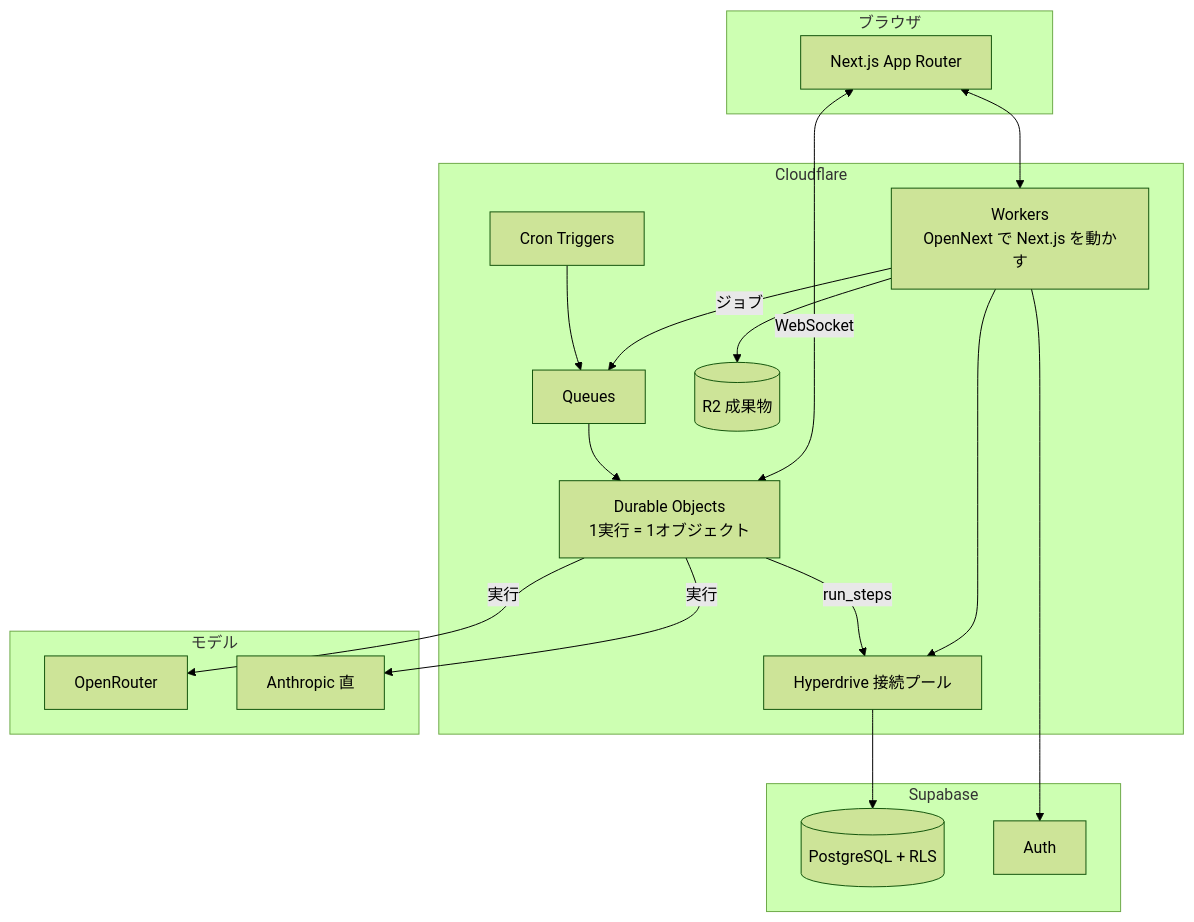
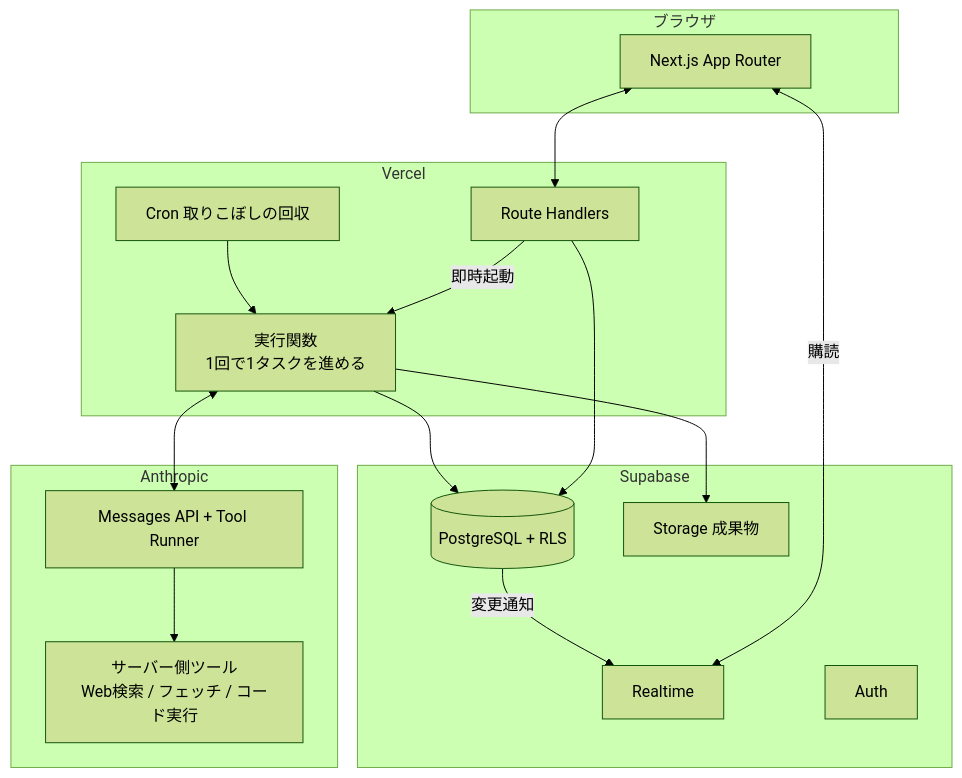
Before and after one commit to yuseidayo88/Ocean: the diagram in docs/design/05-tech-and-cost.md, drawn with Mermaid (forest theme). The commit also changed other lines of this file and 18 other files, not shown here.

First line of the commit message:
設計を確定: Vercel + Supabase + Anthropic 直、トークン、無料枠と料金プラン

````diff
--- a/docs/design/05-tech-and-cost.md
+++ b/docs/design/05-tech-and-cost.md
@@ -8,33 +20,32 @@
 ```mermaid
 flowchart TB
   subgraph client[ブラウザ]
     UI[Next.js App Router]
   end
-  subgraph cf[Cloudflare]
-    W[Workers<br/>OpenNext で Next.js を動かす]
-    DO[Durable Objects<br/>1実行 = 1オブジェクト]
-    Q[Queues]
-    CR[Cron Triggers]
-    R2[(R2 成果物)]
-    HD[Hyperdrive 接続プール]
+  subgraph vercel[Vercel]
+    API[Route Handlers]
+    RUN[実行関数<br/>1回で1タスクを進める]
+    CRON[Cron 取りこぼしの回収]
   end
   subgraph supa[Supabase]
     DB[(PostgreSQL + RLS)]
+    RT[Realtime]
+    ST[Storage 成果物]
     AUTH[Auth]
   end
-  subgraph models[モデル]
-    OR[OpenRouter]
-    ANT[Anthropic 直]
+  subgraph anth[Anthropic]
+    MSG[Messages API + Tool Runner]
+    TOOLS[サーバー側ツール<br/>Web検索 / フェッチ / コード実行]
   end
 
-  UI <--> W
-  UI <-- WebSocket --> DO
-  W --> HD --> DB
-  W --> AUTH
-  W -- ジョブ --> Q --> DO
-  CR --> Q
-  DO -- 実行 --> OR
-  DO -- 実行 --> ANT
-  DO -- run_steps --> HD
-  W --> R2
+  UI <--> API
+  UI <-- 購読 --> RT
+  API --> DB
+  API -- 即時起動 --> RUN
+  CRON --> RUN
+  RUN --> DB
+  DB -- 変更通知 --> RT
+  RUN <--> MSG
+  MSG --> TOOLS
+  RUN --> ST
 ```
````
